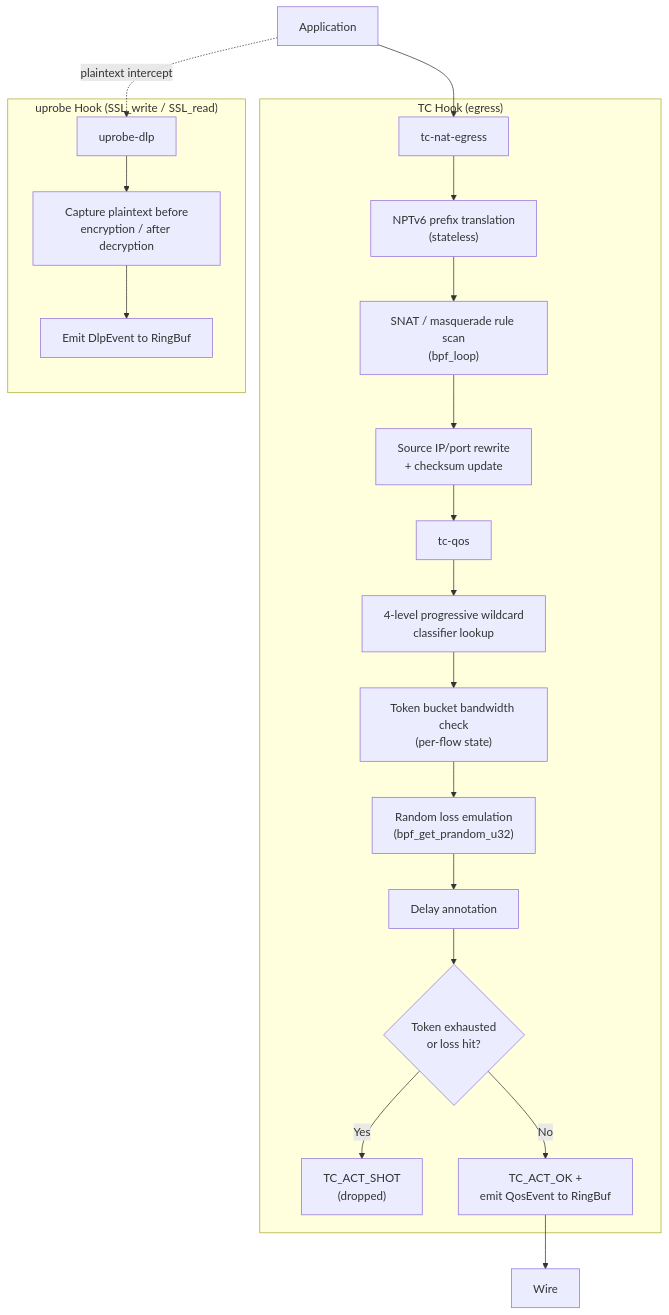
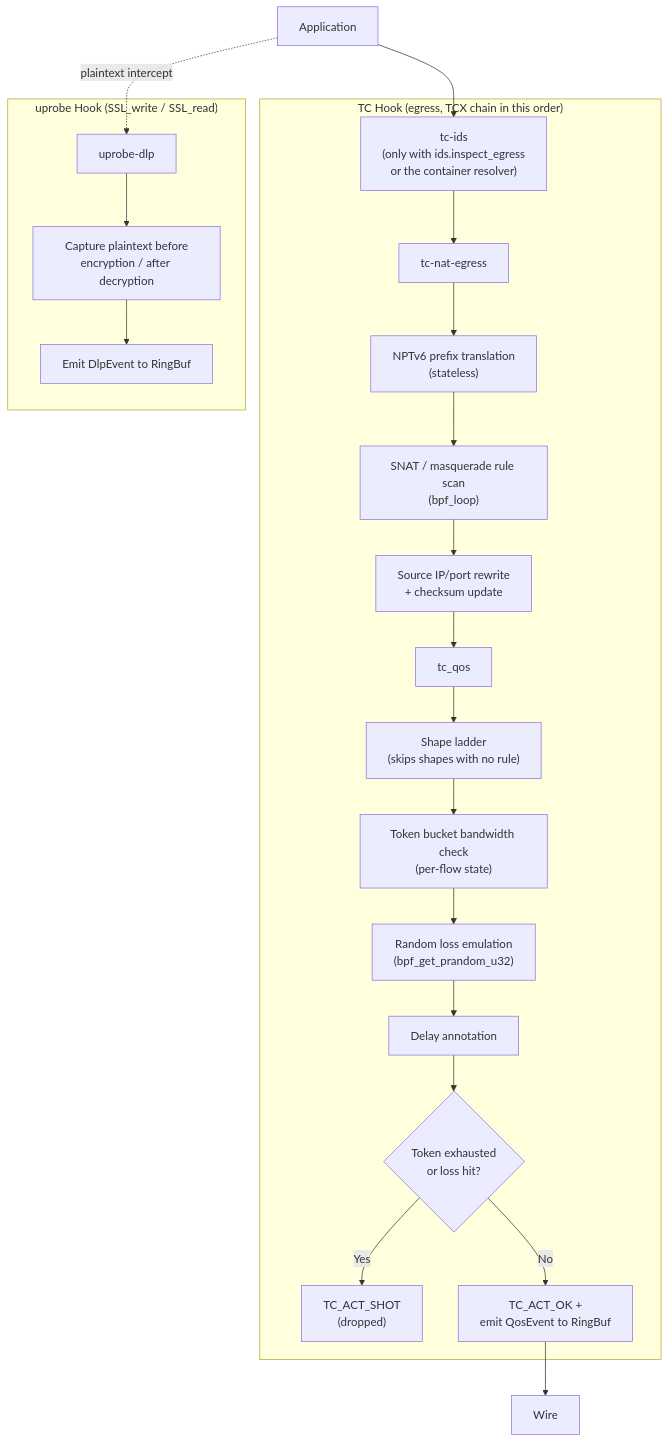
Before and after one commit to ebpfsentinel/ebpfsentinel-docs: the second of 7 diagrams in docs/architecture/data-flow.md, drawn with Mermaid. The commit also changed other lines of this file and 6 other files, not shown here.

Commit message:
docs: match architecture and deployment matrix to the warden model, TC chain, per-container hooks and namespace scope

````diff
--- a/docs/architecture/data-flow.md
+++ b/docs/architecture/data-flow.md
@@ -115,39 +118,41 @@
 ```mermaid
 flowchart TD
     APP["Application"]
 
-    subgraph TC_EGR["TC Hook (egress)"]
+    subgraph TC_EGR["TC Hook (egress, TCX chain in this order)"]
+        IDS_EGR["tc-ids\n(only with ids.inspect_egress\nor the container resolver)"]
         NAT_EGR["tc-nat-egress"]
+        IDS_EGR --> NAT_EGR
         NAT_NPTV6["NPTv6 prefix translation\n(stateless)"]
         NAT_SNAT["SNAT / masquerade rule scan\n(bpf_loop)"]
         NAT_REWRITE["Source IP/port rewrite\n+ checksum update"]
         NAT_EGR --> NAT_NPTV6 --> NAT_SNAT --> NAT_REWRITE
 
-        QOS["tc-qos"]
-        QOS_CLASS["4-level progressive wildcard\nclassifier lookup"]
+        QOS["tc_qos"]
+        QOS_CLASS["Shape ladder\n(skips shapes with no rule)"]
         QOS_TOKEN["Token bucket bandwidth check\n(per-flow state)"]
         QOS_LOSS["Random loss emulation\n(bpf_get_prandom_u32)"]
         QOS_DELAY["Delay annotation"]
         NAT_REWRITE --> QOS --> QOS_CLASS --> QOS_TOKEN --> QOS_LOSS --> QOS_DELAY
 
         QOS_DROP{"Token exhausted\nor loss hit?"}
         QOS_DELAY --> QOS_DROP
         QOS_SHOT["TC_ACT_SHOT\n(dropped)"]
         QOS_DROP -- Yes --> QOS_SHOT
         QOS_OK["TC_ACT_OK +\nemit QosEvent to RingBuf"]
         QOS_DROP -- No --> QOS_OK
     end
 
-    APP --> NAT_EGR
+    APP --> IDS_EGR
     WIRE["Wire"]
     QOS_OK --> WIRE
 
     subgraph UPROBE["uprobe Hook (SSL_write / SSL_read)"]
         DLP["uprobe-dlp"]
         DLP_CAP["Capture plaintext before\nencryption / after decryption"]
         DLP_EMIT["Emit DlpEvent to RingBuf"]
         DLP --> DLP_CAP --> DLP_EMIT
     end
 
     APP -.->|"plaintext intercept"| DLP
 ```
````
